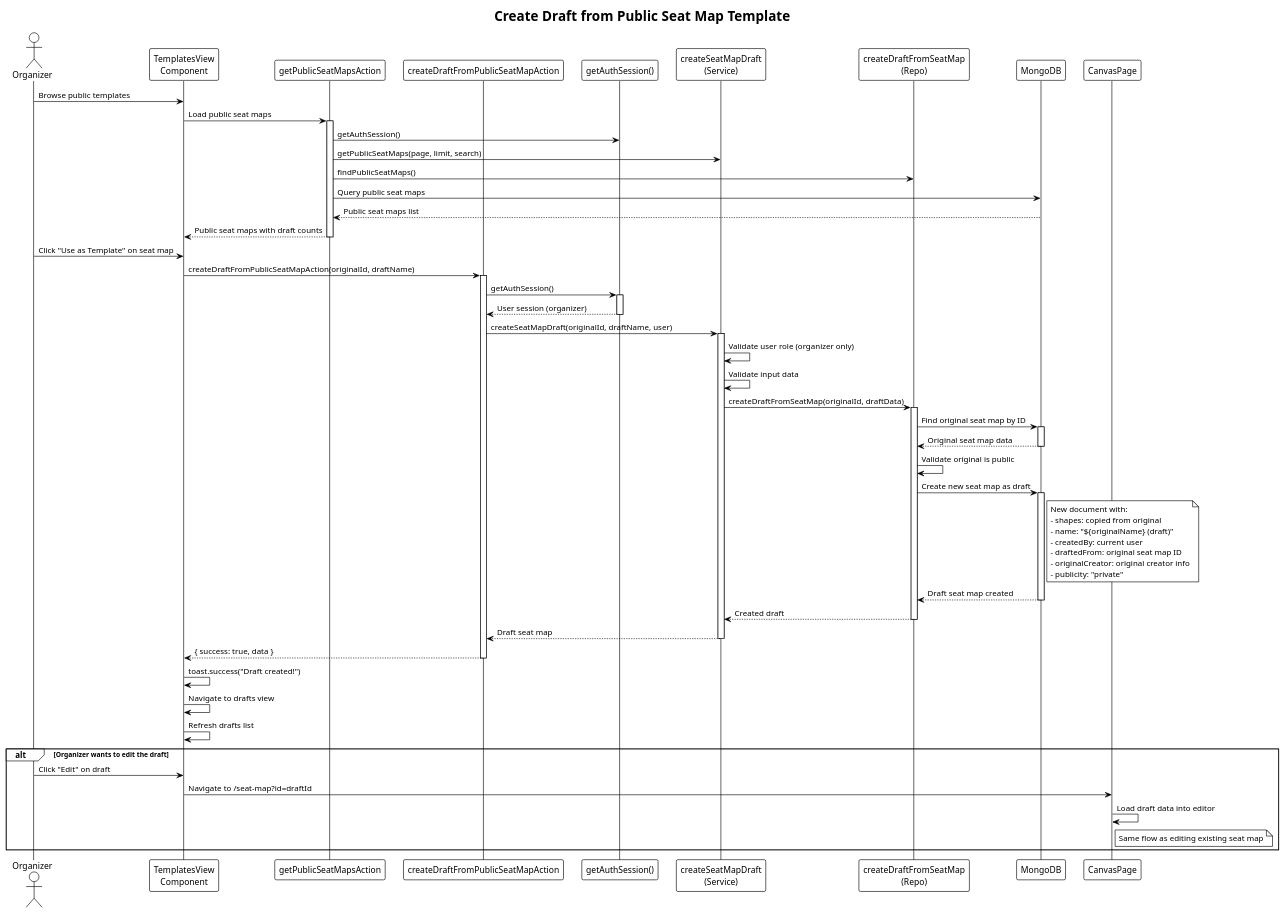
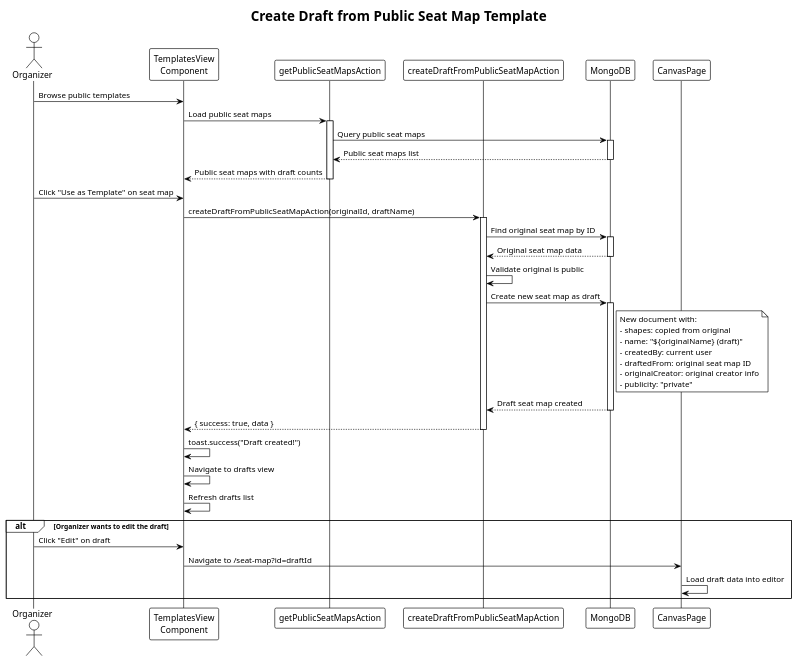
One commit to VieTicket/vieticket-monorepo changed the second of 6 diagrams in puml/seat-map.puml. Above: the diagram before and after it, drawn with PlantUML. The commit also changed other lines of this file and 23 other files, not shown here.

Commit message:
update sign up with organizer flow, fix settings card add rejecting/accepting organizer

```diff
--- a/puml/seat-map.puml
+++ b/puml/seat-map.puml
@@ -88,83 +88,62 @@
 @startuml create-draft-from-template
 !theme plain
 title Create Draft from Public Seat Map Template
 
 actor Organizer
 participant "TemplatesView\nComponent" as Templates
 participant "getPublicSeatMapsAction" as GetPublic
 participant "createDraftFromPublicSeatMapAction" as CreateDraft
-participant "getAuthSession()" as Auth
-participant "createSeatMapDraft\n(Service)" as Service
-participant "createDraftFromSeatMap\n(Repo)" as Repo
 participant "MongoDB" as MongoDB
 participant "CanvasPage" as Canvas
 
 Organizer -> Templates: Browse public templates
 Templates -> GetPublic: Load public seat maps
 activate GetPublic
-GetPublic -> Auth: getAuthSession()
-GetPublic -> Service: getPublicSeatMaps(page, limit, search)
-GetPublic -> Repo: findPublicSeatMaps()
+
 GetPublic -> MongoDB: Query public seat maps
+activate MongoDB
 MongoDB --> GetPublic: Public seat maps list
+deactivate MongoDB
+
 GetPublic --> Templates: Public seat maps with draft counts
 deactivate GetPublic
 
 Organizer -> Templates: Click "Use as Template" on seat map
 Templates -> CreateDraft: createDraftFromPublicSeatMapAction(originalId, draftName)
 activate CreateDraft
 
-CreateDraft -> Auth: getAuthSession()
-activate Auth
-Auth --> CreateDraft: User session (organizer)
-deactivate Auth
-
-CreateDraft -> Service: createSeatMapDraft(originalId, draftName, user)
-activate Service
-
-Service -> Service: Validate user role (organizer only)
-Service -> Service: Validate input data
-Service -> Repo: createDraftFromSeatMap(originalId, draftData)
-activate Repo
-
-Repo -> MongoDB: Find original seat map by ID
+CreateDraft -> MongoDB: Find original seat map by ID
 activate MongoDB
-MongoDB --> Repo: Original seat map data
+MongoDB --> CreateDraft: Original seat map data
 deactivate MongoDB
 
-Repo -> Repo: Validate original is public
-Repo -> MongoDB: Create new seat map as draft
+CreateDraft -> CreateDraft: Validate original is public
+CreateDraft -> MongoDB: Create new seat map as draft
 activate MongoDB
 Note right of MongoDB
   New document with:
   - shapes: copied from original
   - name: "${originalName} (draft)"
   - createdBy: current user
   - draftedFrom: original seat map ID
   - originalCreator: original creator info
   - publicity: "private"
 end note
-MongoDB --> Repo: Draft seat map created
+MongoDB --> CreateDraft: Draft seat map created
 deactivate MongoDB
-
-Repo --> Service: Created draft
-deactivate Repo
-Service --> CreateDraft: Draft seat map
-deactivate Service
 
 CreateDraft --> Templates: { success: true, data }
 deactivate CreateDraft
 
 Templates -> Templates: toast.success("Draft created!")
 Templates -> Templates: Navigate to drafts view
 Templates -> Templates: Refresh drafts list
 
 alt Organizer wants to edit the draft
     Organizer -> Templates: Click "Edit" on draft
     Templates -> Canvas: Navigate to /seat-map?id=draftId
     
     Canvas -> Canvas: Load draft data into editor
-    Note right of Canvas: Same flow as editing existing seat map
 end
 
 @enduml
```
